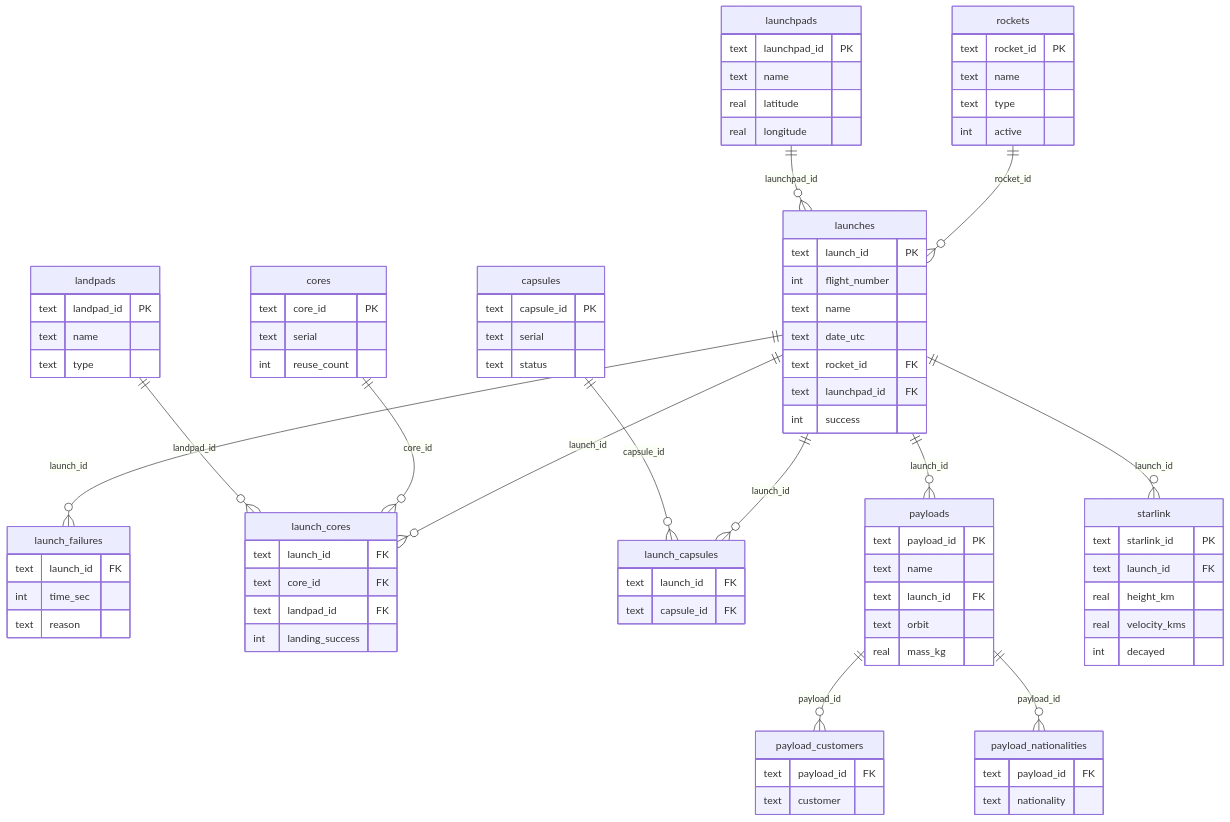
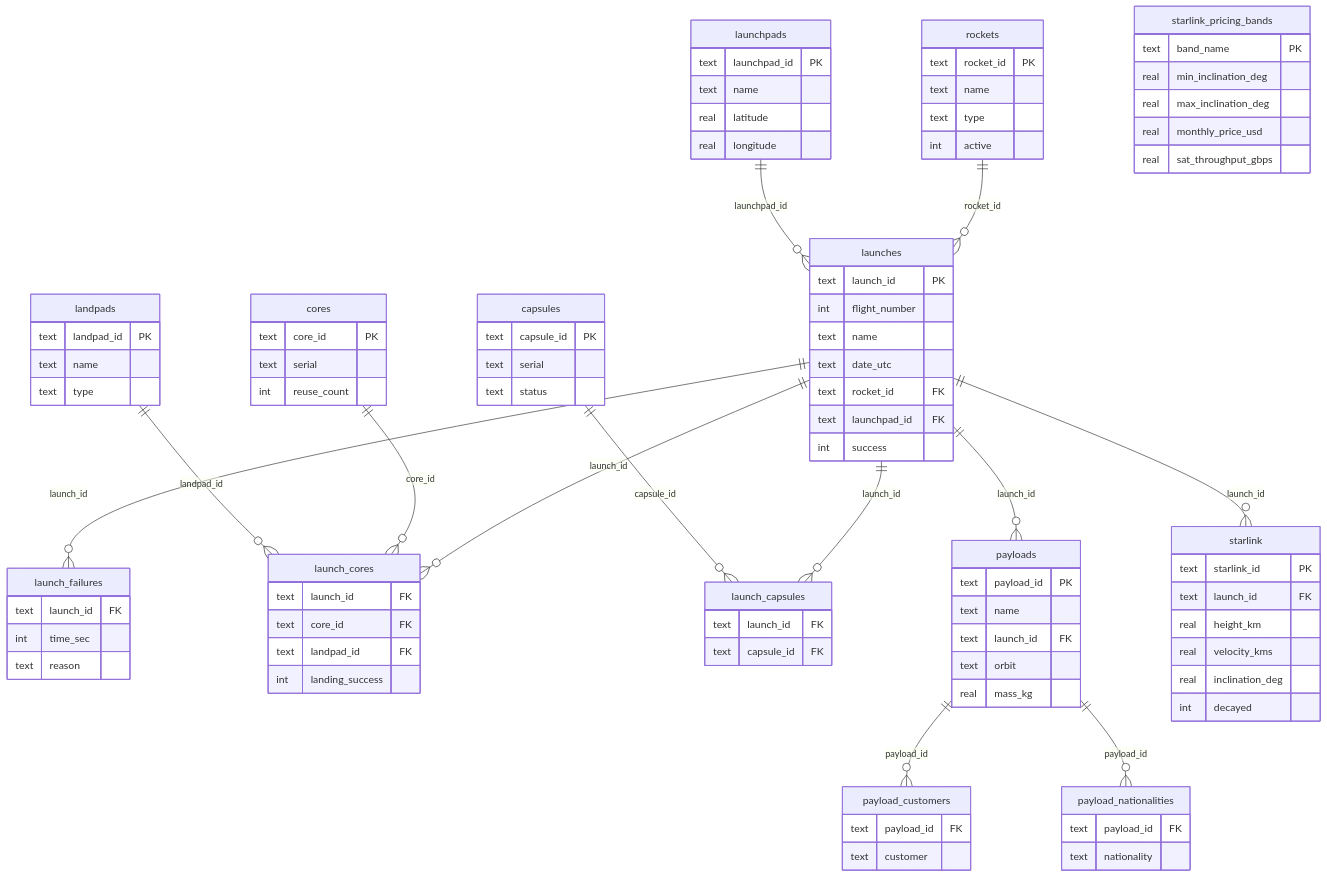
Before and after one commit to XnDtr/spacex-launches: the diagram in sql/er_diagram.md, drawn with Mermaid. The commit also changed other lines of this file and 6 other files, not shown here.

First line of the commit message:
Add Q6: Starlink unit economics by orbital band

````diff
--- a/sql/er_diagram.md
+++ b/sql/er_diagram.md
@@ -86,6 +86,14 @@
         text launch_id FK
         real height_km
         real velocity_kms
+        real inclination_deg
         int decayed
     }
+    starlink_pricing_bands {
+        text band_name PK
+        real min_inclination_deg
+        real max_inclination_deg
+        real monthly_price_usd
+        real sat_throughput_gbps
+    }
 ```
````
